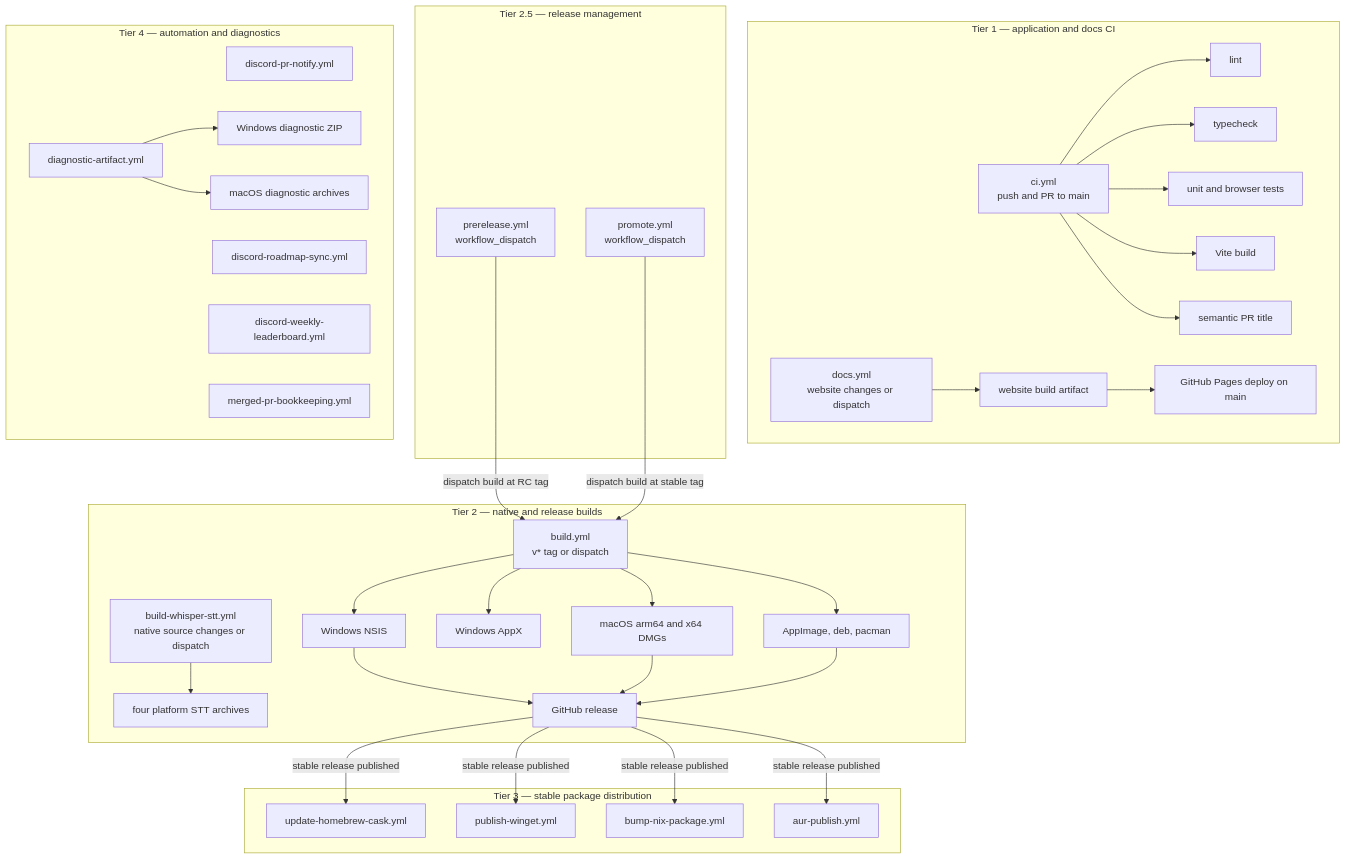
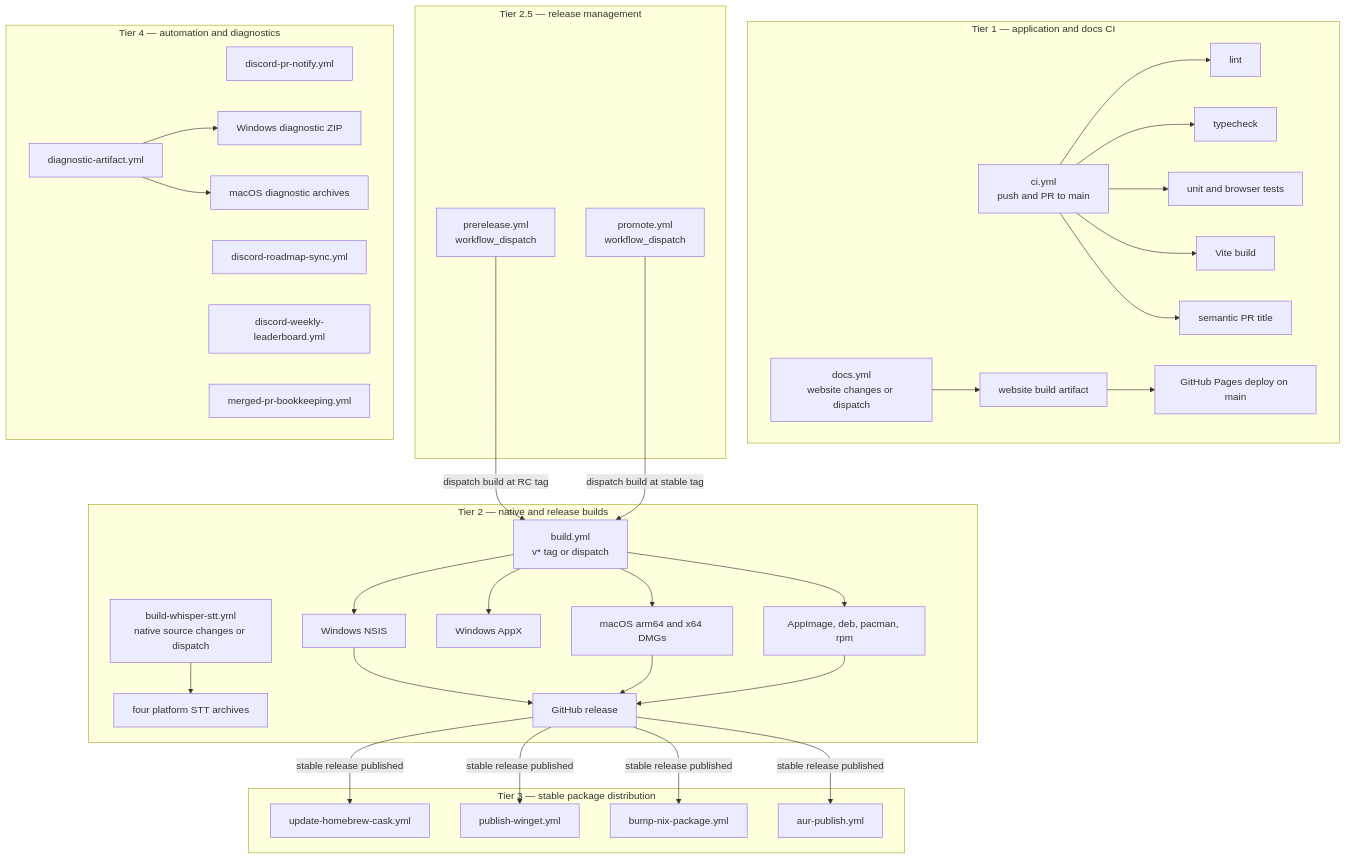
Before and after one commit to EtienneLescot/openscreen: the diagram in technical-documentation/engineering/ci-workflows.md, drawn with Mermaid. The commit also changed other lines of this file and 9 other files, not shown here.

````diff
--- a/technical-documentation/engineering/ci-workflows.md
+++ b/technical-documentation/engineering/ci-workflows.md
@@ -7,49 +7,49 @@
 ```mermaid
 flowchart TD
     subgraph T1["Tier 1 — application and docs CI"]
         CI["ci.yml<br/>push and PR to main"] --> Lint[lint]
         CI --> Type[typecheck]
         CI --> Test[unit and browser tests]
         CI --> BuildSmoke[Vite build]
         CI --> Semantic[semantic PR title]
         Docs["docs.yml<br/>website changes or dispatch"] --> DocsBuild[website build artifact]
         DocsBuild --> DocsDeploy[GitHub Pages deploy on main]
     end
 
     subgraph T2["Tier 2 — native and release builds"]
         Whisper["build-whisper-stt.yml<br/>native source changes or dispatch"] --> WhisperArtifacts["four platform STT archives"]
         ReleaseBuild["build.yml<br/>v* tag or dispatch"] --> Win[Windows NSIS]
         ReleaseBuild --> Store[Windows AppX]
         ReleaseBuild --> Mac["macOS arm64 and x64 DMGs"]
-        ReleaseBuild --> Linux["AppImage, deb, pacman"]
+        ReleaseBuild --> Linux["AppImage, deb, pacman, rpm"]
         Win --> Publish[GitHub release]
         Mac --> Publish
         Linux --> Publish
     end
 
     subgraph T25["Tier 2.5 — release management"]
         RC["prerelease.yml<br/>workflow_dispatch"] -->|dispatch build at RC tag| ReleaseBuild
         Promote["promote.yml<br/>workflow_dispatch"] -->|dispatch build at stable tag| ReleaseBuild
     end
 
     subgraph T3["Tier 3 — stable package distribution"]
         Homebrew[update-homebrew-cask.yml]
         Winget[publish-winget.yml]
         Nix[bump-nix-package.yml]
         AUR[aur-publish.yml]
     end
 
     Publish -->|stable release published| Homebrew
     Publish -->|stable release published| Winget
     Publish -->|stable release published| Nix
     Publish -->|stable release published| AUR
 
     subgraph T4["Tier 4 — automation and diagnostics"]
         PRDiscord[discord-pr-notify.yml]
         Roadmap[discord-roadmap-sync.yml]
         Leaderboard[discord-weekly-leaderboard.yml]
         Bookkeeping[merged-pr-bookkeeping.yml]
         Diagnostic[diagnostic-artifact.yml] --> DiagWin[Windows diagnostic ZIP]
         Diagnostic --> DiagMac[macOS diagnostic archives]
     end
 ```
````
